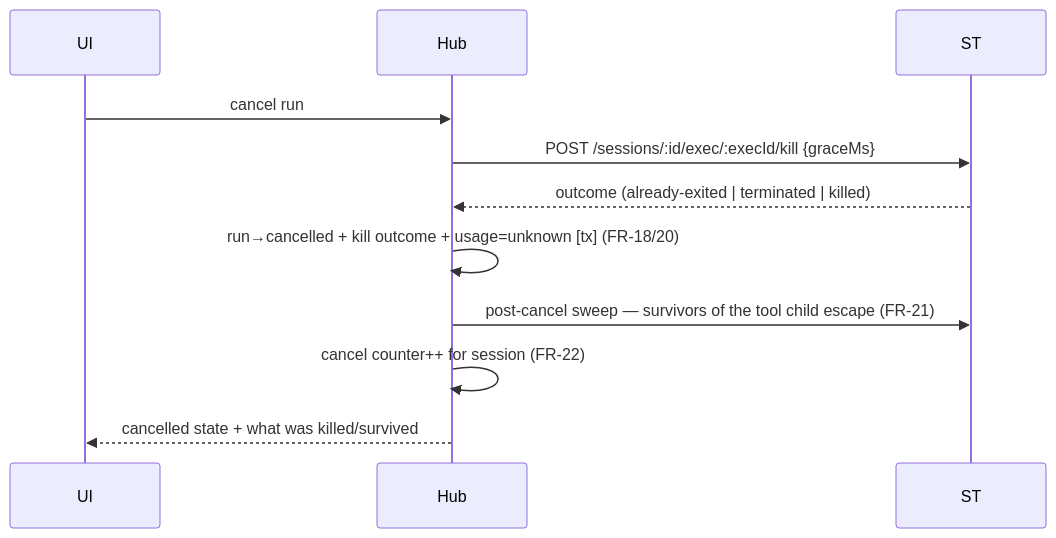
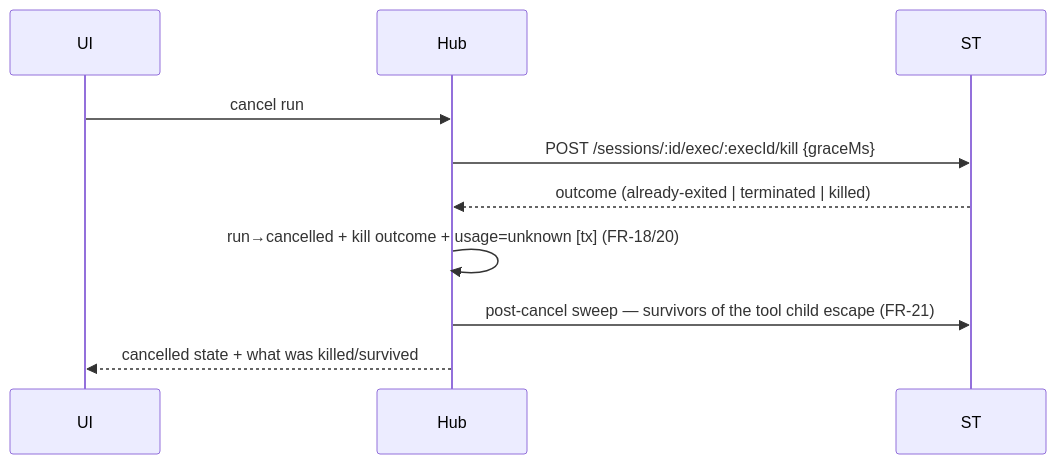
Before and after one commit to gatof81/agenthub: the third of 4 diagrams in docs/05-use-cases-and-flows.md, drawn with Mermaid. The commit also changed other lines of this file and 6 other files, not shown here.

````diff
--- a/docs/05-use-cases-and-flows.md
+++ b/docs/05-use-cases-and-flows.md
@@ -91,13 +91,12 @@
 ```mermaid
 sequenceDiagram
     participant UI
     participant Hub
     participant ST
     UI->>Hub: cancel run
     Hub->>ST: POST /sessions/:id/exec/:execId/kill {graceMs}
     ST-->>Hub: outcome (already-exited | terminated | killed)
     Hub->>Hub: run→cancelled + kill outcome + usage=unknown [tx] (FR-18/20)
     Hub->>ST: post-cancel sweep — survivors of the tool child escape (FR-21)
-    Hub->>Hub: cancel counter++ for session (FR-22)
     Hub-->>UI: cancelled state + what was killed/survived
 ```
````
